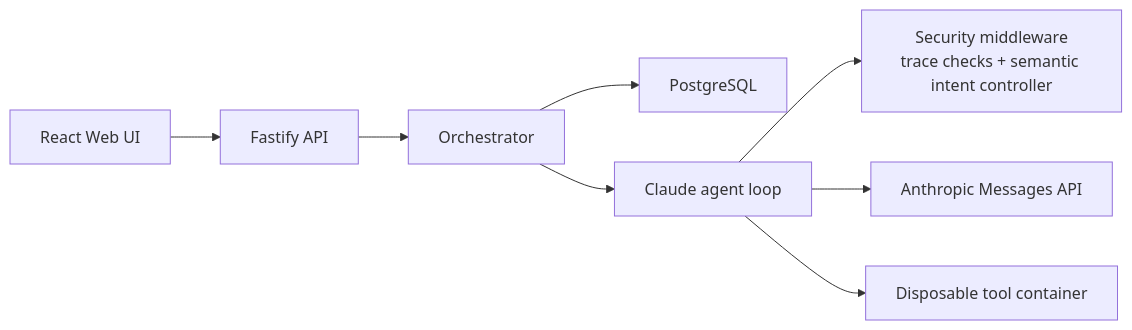
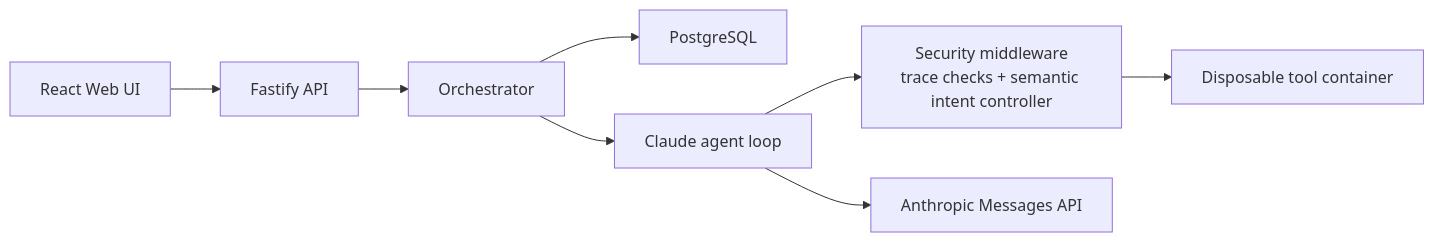
The first of 3 diagrams in docs/ARCHITECTURE.md (Full-Stack-Project-Fast-Tix/agent-middleware), drawn with Mermaid before and after one commit. The commit also changed other lines of this file and 30 other files, not shown here.

````diff
--- a/docs/ARCHITECTURE.md
+++ b/docs/ARCHITECTURE.md
@@ -8,10 +8,10 @@
 ```mermaid
 flowchart LR
     UI["React Web UI"] --> API["Fastify API"]
     API --> Orch["Orchestrator"]
     Orch --> DB["PostgreSQL"]
     Orch --> Loop["Claude agent loop"]
     Loop --> Gate["Security middleware<br/>trace checks + semantic intent controller"]
     Loop --> Model["Anthropic Messages API"]
-    Loop --> Tools["Disposable tool container"]
+    Gate --> Tools["Disposable tool container"]
 ```
````
